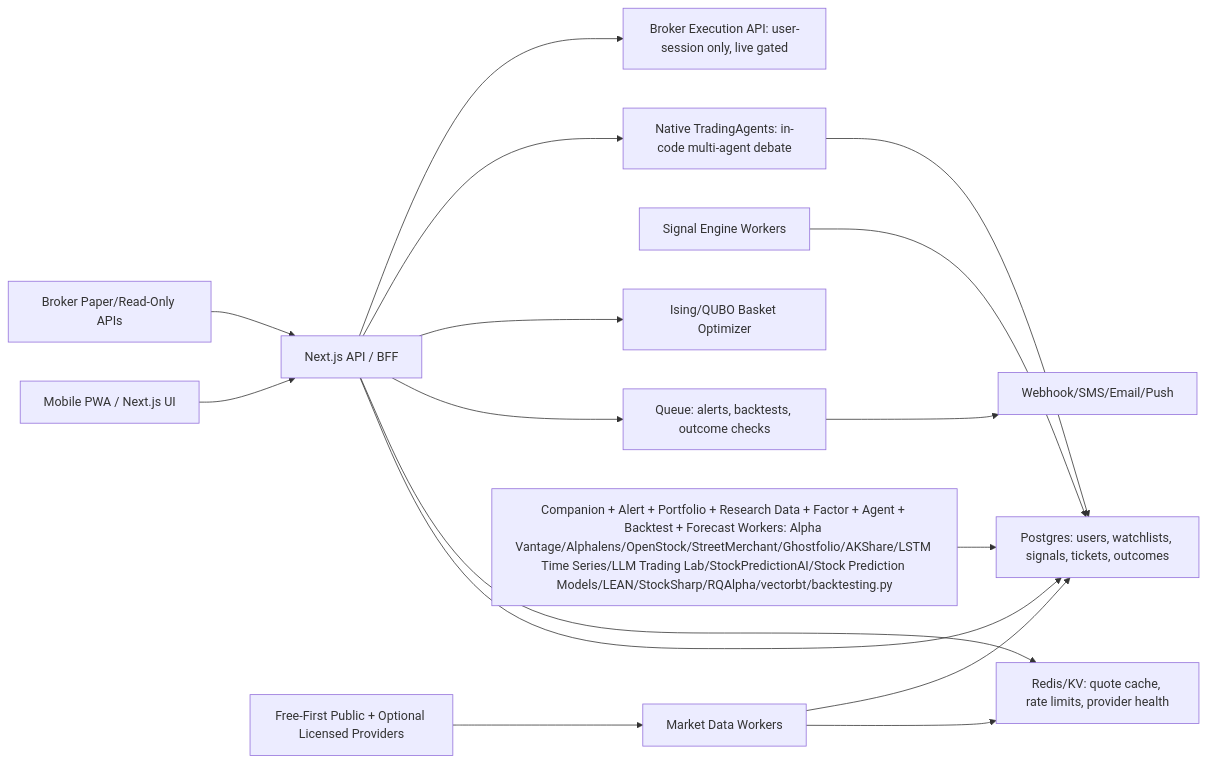
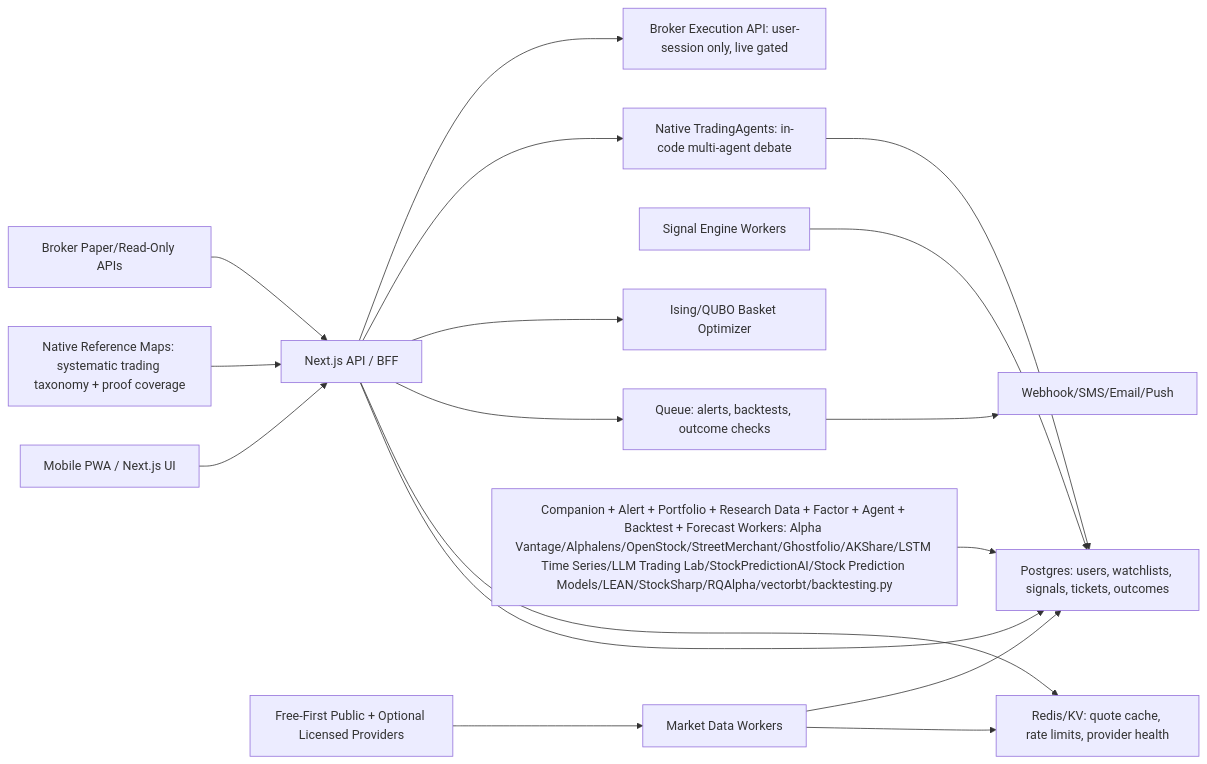
The diagram in docs/ARCHITECTURE.md (pinohu/trading-intel), drawn with Mermaid before and after one commit. The commit also changed other lines of this file and 11 other files, not shown here.

Commit message:
Add systematic trading reference map

````diff
--- a/docs/ARCHITECTURE.md
+++ b/docs/ARCHITECTURE.md
@@ -35,18 +36,19 @@
 ```mermaid
 flowchart LR
   UI["Mobile PWA / Next.js UI"] --> BFF["Next.js API / BFF"]
   BFF --> DB["Postgres: users, watchlists, signals, tickets, outcomes"]
   BFF --> Cache["Redis/KV: quote cache, rate limits, provider health"]
   BFF --> Queue["Queue: alerts, backtests, outcome checks"]
   DataWorker["Market Data Workers"] --> Cache
   DataWorker --> DB
   Providers["Free-First Public + Optional Licensed Providers"] --> DataWorker
   SignalWorker["Signal Engine Workers"] --> DB
   BFF --> Ising["Ising/QUBO Basket Optimizer"]
   BFF --> TradingAgents["Native TradingAgents: in-code multi-agent debate"]
   TradingAgents --> DB
+  ReferenceMaps["Native Reference Maps: systematic trading taxonomy + proof coverage"] --> BFF
   BacktestWorker["Companion + Alert + Portfolio + Research Data + Factor + Agent + Backtest + Forecast Workers: Alpha Vantage/Alphalens/OpenStock/StreetMerchant/Ghostfolio/AKShare/LSTM Time Series/LLM Trading Lab/StockPredictionAI/Stock Prediction Models/LEAN/StockSharp/RQAlpha/vectorbt/backtesting.py"] --> DB
   Broker["Broker Paper/Read-Only APIs"] --> BFF
   BFF --> BrokerExec["Broker Execution API: user-session only, live gated"]
   Queue --> Alerts["Webhook/SMS/Email/Push"]
 ```
````
